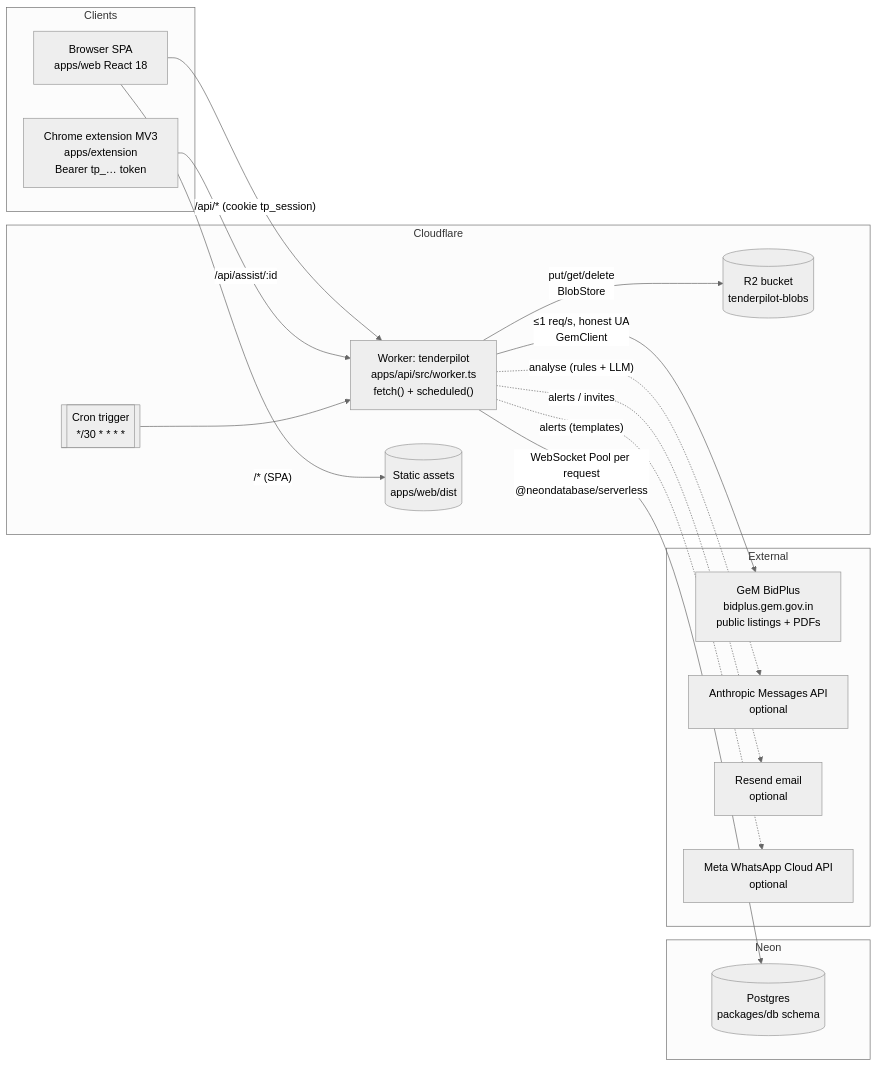
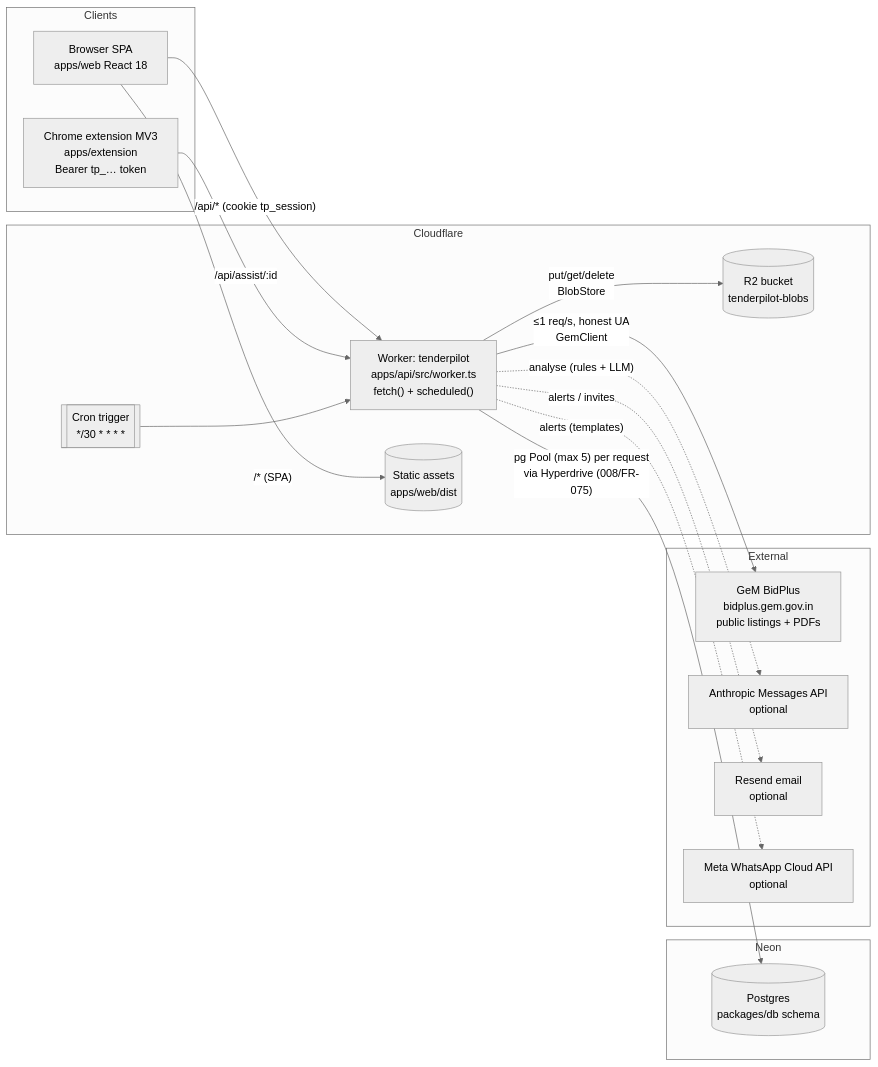
One commit to Shashank2577/GEMs changed the first of 5 diagrams in docs/architecture.md. Above: the diagram before and after it, drawn with Mermaid (neutral theme). The commit also changed other lines of this file and 7 other files, not shown here.

````diff
--- a/docs/architecture.md
+++ b/docs/architecture.md
@@ -20,36 +20,36 @@
 ```mermaid
 flowchart LR
   subgraph Clients
     B[Browser SPA<br/>apps/web React 18]
     X[Chrome extension MV3<br/>apps/extension<br/>Bearer tp_… token]
   end
 
   subgraph Cloudflare
     W["Worker: tenderpilot<br/>apps/api/src/worker.ts<br/>fetch() + scheduled()"]
     A[(Static assets<br/>apps/web/dist)]
     R2[(R2 bucket<br/>tenderpilot-blobs)]
     CRON[[Cron trigger<br/>*/30 * * * *]]
   end
 
   subgraph Neon
     PG[(Postgres<br/>packages/db schema)]
   end
 
   subgraph External
     GEM[GeM BidPlus<br/>bidplus.gem.gov.in<br/>public listings + PDFs]
     LLM[Anthropic Messages API<br/>optional]
     RS[Resend email<br/>optional]
     WA[Meta WhatsApp Cloud API<br/>optional]
   end
 
   B -- "/api/* (cookie tp_session)" --> W
   B -- "/* (SPA)" --> A
   X -- "/api/assist/:id" --> W
   CRON --> W
-  W -- "WebSocket Pool per request<br/>@neondatabase/serverless" --> PG
+  W -- "pg Pool (max 5) per request<br/>via Hyperdrive (008/FR-075)" --> PG
   W -- "put/get/delete<br/>BlobStore" --> R2
   W -- "≤1 req/s, honest UA<br/>GemClient" --> GEM
   W -. "analyse (rules + LLM)" .-> LLM
   W -. "alerts / invites" .-> RS
   W -. "alerts (templates)" .-> WA
 ```
````
